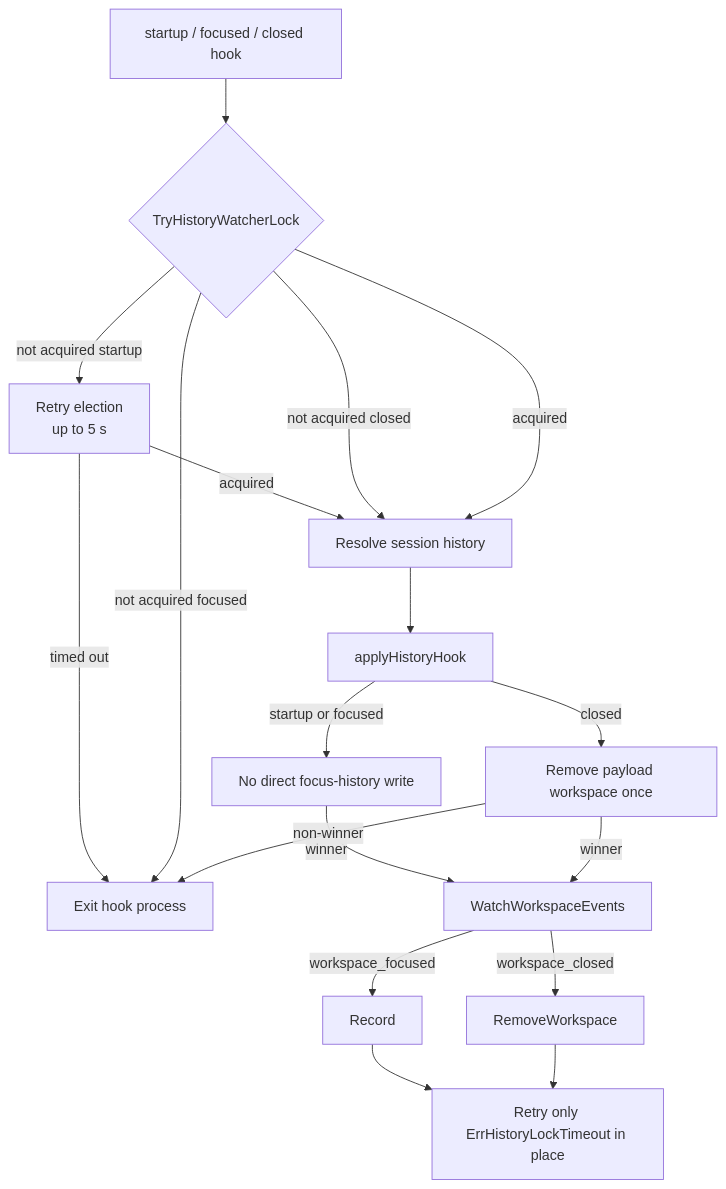
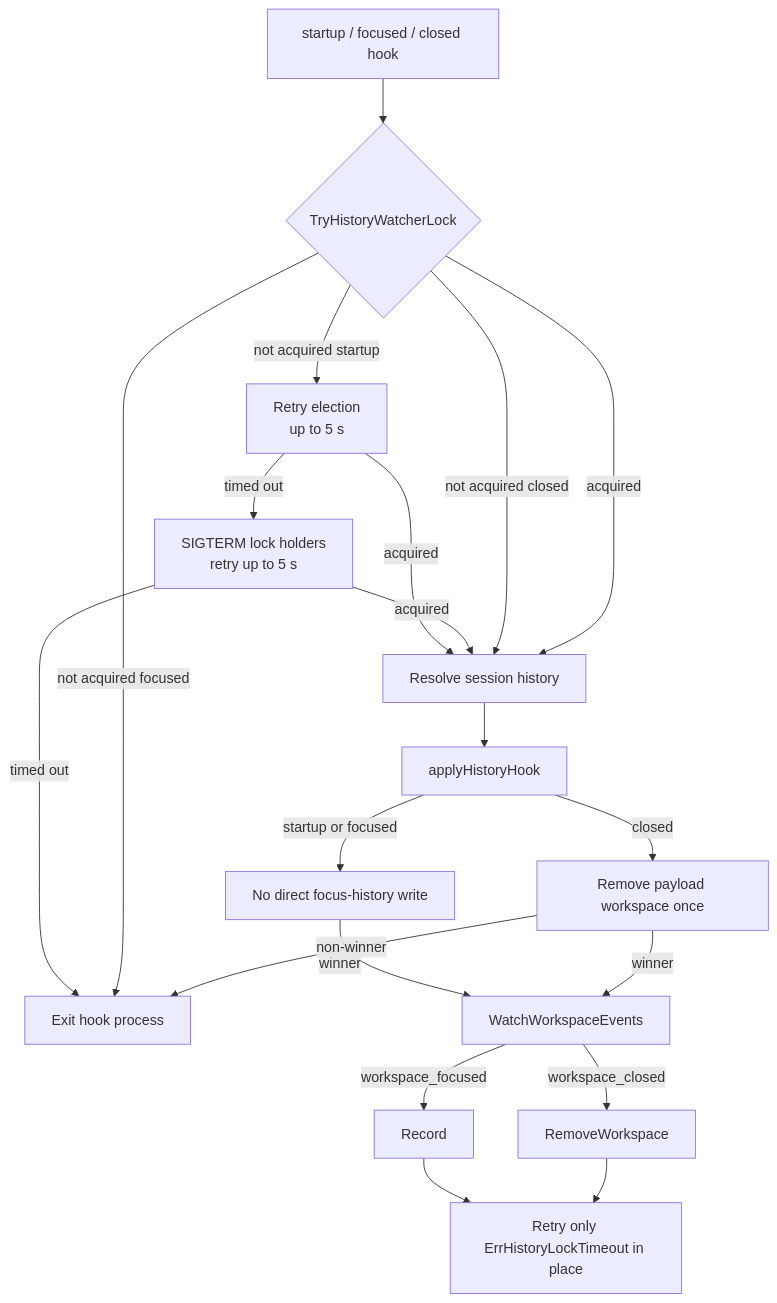
One commit to fullerzz/herdr-plugin-sesh changed the first of 3 diagrams in docs/development/workspace-history.md. Above: the diagram before and after it, drawn with Mermaid. The commit also changed other lines of this file and 3 other files, not shown here.

````diff
--- a/docs/development/workspace-history.md
+++ b/docs/development/workspace-history.md
@@ -57,20 +60,22 @@
 ```mermaid
 flowchart TD
     Hook["startup / focused / closed hook"] --> Elect{"TryHistoryWatcherLock"}
     Elect -->|not acquired startup| Wait["Retry election<br/>up to 5 s"]
     Wait -->|acquired| Resolve
-    Wait -->|timed out| Exit
+    Wait -->|timed out| Terminate["SIGTERM lock holders<br/>retry up to 5 s"]
+    Terminate -->|acquired| Resolve
+    Terminate -->|timed out| Exit
     Elect -->|not acquired focused| Exit["Exit hook process"]
     Elect -->|not acquired closed| Resolve["Resolve session history"]
     Elect -->|acquired| Resolve
     Resolve --> Apply["applyHistoryHook"]
     Apply -->|startup or focused| NoWrite["No direct focus-history write"]
     Apply -->|closed| RemoveOnce["Remove payload workspace once"]
     NoWrite -->|winner| Watch["WatchWorkspaceEvents"]
     RemoveOnce -->|winner| Watch
     RemoveOnce -->|non-winner| Exit
     Watch -->|workspace_focused| Record["Record"]
     Watch -->|workspace_closed| Remove["RemoveWorkspace"]
     Record --> Retry["Retry only ErrHistoryLockTimeout in place"]
     Remove --> Retry
 ```
````
